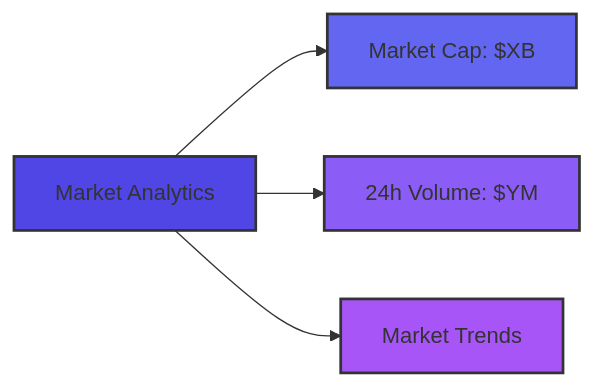
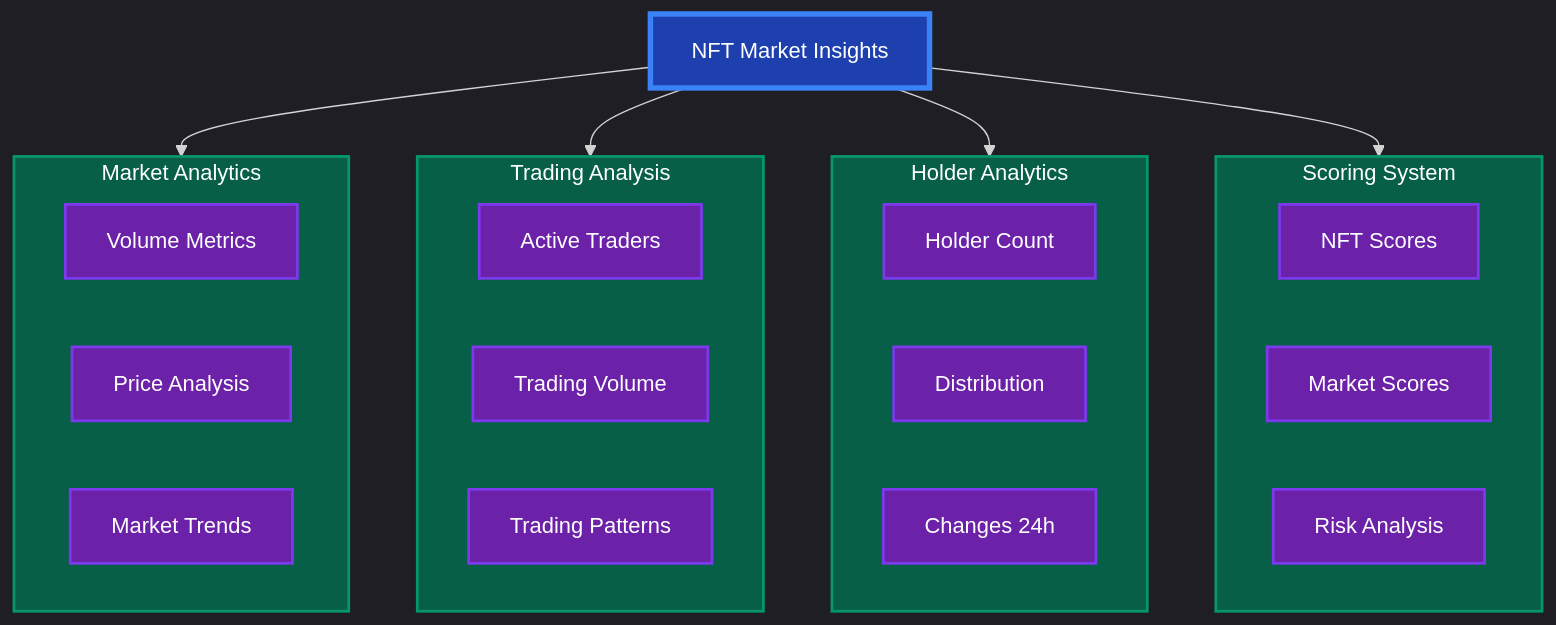
One commit to Ujjwalmittal1907/bitsBlockBazaar changed the first of 3 diagrams in VISION.md. Above: the diagram before and after it, drawn with Mermaid. The commit also changed other lines of this file and 21 other files, not shown here.

````diff
--- a/VISION.md
+++ b/VISION.md
@@ -8,11 +17,45 @@
 ```mermaid
-graph LR
-    A[Market Analytics] --> B[Market Cap: $XB]
-    A --> C[24h Volume: $YM]
-    A --> D[Market Trends]
+%%{init: {'theme': 'dark', 'themeVariables': { 'fontSize': '16px', 'fontFamily': 'arial' }}}%%
+flowchart TB
+    classDef default fill:#2A2A2A,stroke:#666,color:#FFF,stroke-width:2px
+    classDef primary fill:#1E3A8A,stroke:#2563EB,color:#FFF,stroke-width:2px
+    classDef secondary fill:#065F46,stroke:#059669,color:#FFF,stroke-width:2px
+    classDef tertiary fill:#6B21A8,stroke:#7C3AED,color:#FFF,stroke-width:2px
     
-    style A fill:#4f46e5,stroke:#333,stroke-width:2px
-    style B fill:#6366f1,stroke:#333,stroke-width:2px
-    style C fill:#8b5cf6,stroke:#333,stroke-width:2px
-    style D fill:#a855f7,stroke:#333,stroke-width:2px
+    A[NFT Market Insights]:::primary
+    
+    subgraph Analytics[Market Analytics]
+        B1[Volume Metrics]:::tertiary
+        B2[Price Analysis]:::tertiary
+        B3[Market Trends]:::tertiary
+    end
+    
+    subgraph Trading[Trading Analysis]
+        C1[Active Traders]:::tertiary
+        C2[Trading Volume]:::tertiary
+        C3[Trading Patterns]:::tertiary
+    end
+    
+    subgraph Holders[Holder Analytics]
+        D1[Holder Count]:::tertiary
+        D2[Distribution]:::tertiary
+        D3[Changes 24h]:::tertiary
+    end
+    
+    subgraph Scoring[Scoring System]
+        E1[NFT Scores]:::tertiary
+        E2[Market Scores]:::tertiary
+        E3[Risk Analysis]:::tertiary
+    end
+    
+    A --> Analytics:::secondary
+    A --> Trading:::secondary
+    A --> Holders:::secondary
+    A --> Scoring:::secondary
+    
+    style A fill:#1E40AF,stroke:#3B82F6,stroke-width:4px,color:#FFF
+    style Analytics fill:#065F46,stroke:#059669,color:#FFF
+    style Trading fill:#065F46,stroke:#059669,color:#FFF
+    style Holders fill:#065F46,stroke:#059669,color:#FFF
+    style Scoring fill:#065F46,stroke:#059669,color:#FFF
 ```
````
